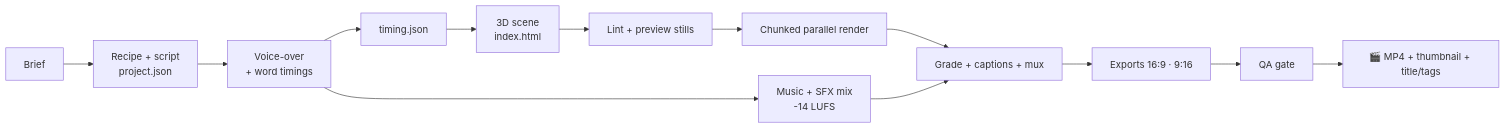
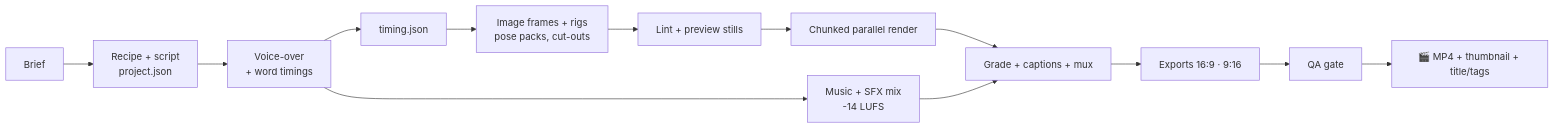
Before and after one commit to swapagrawal14/video-director-skill: the diagram in README.md, drawn with Mermaid. The commit also changed other lines of this file and 2 other files, not shown here.

Commit message:
thumb.py: native 9:16 vertical thumbnails; mix: -3 dBTP default so QA passes after AAC; README: raster-first diagram, recipes, quick start

````diff
--- a/README.md
+++ b/README.md
@@ -161,15 +161,15 @@
 ```mermaid
 flowchart LR
   A[Brief] --> B[Recipe + script<br>project.json]
   B --> C[Voice-over<br>+ word timings]
   C --> D[timing.json]
-  D --> E[3D scene<br>index.html]
+  D --> E[Image frames + rigs<br>pose packs, cut-outs]
   E --> F[Lint + preview stills]
   F --> G[Chunked parallel render]
   C --> H[Music + SFX mix<br>-14 LUFS]
   G --> I[Grade + captions + mux]
   H --> I
   I --> J[Exports 16:9 · 9:16]
   J --> K[QA gate]
   K --> L[🎬 MP4 + thumbnail + title/tags]
 ```
````
